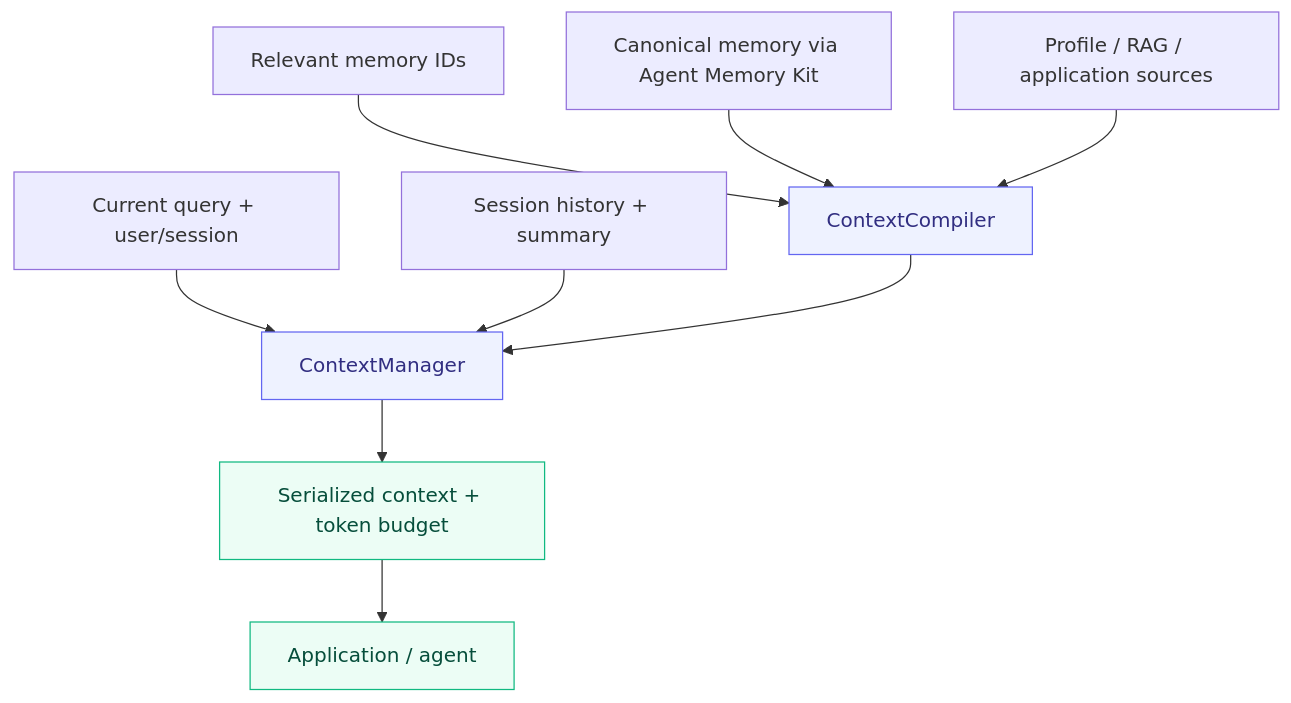
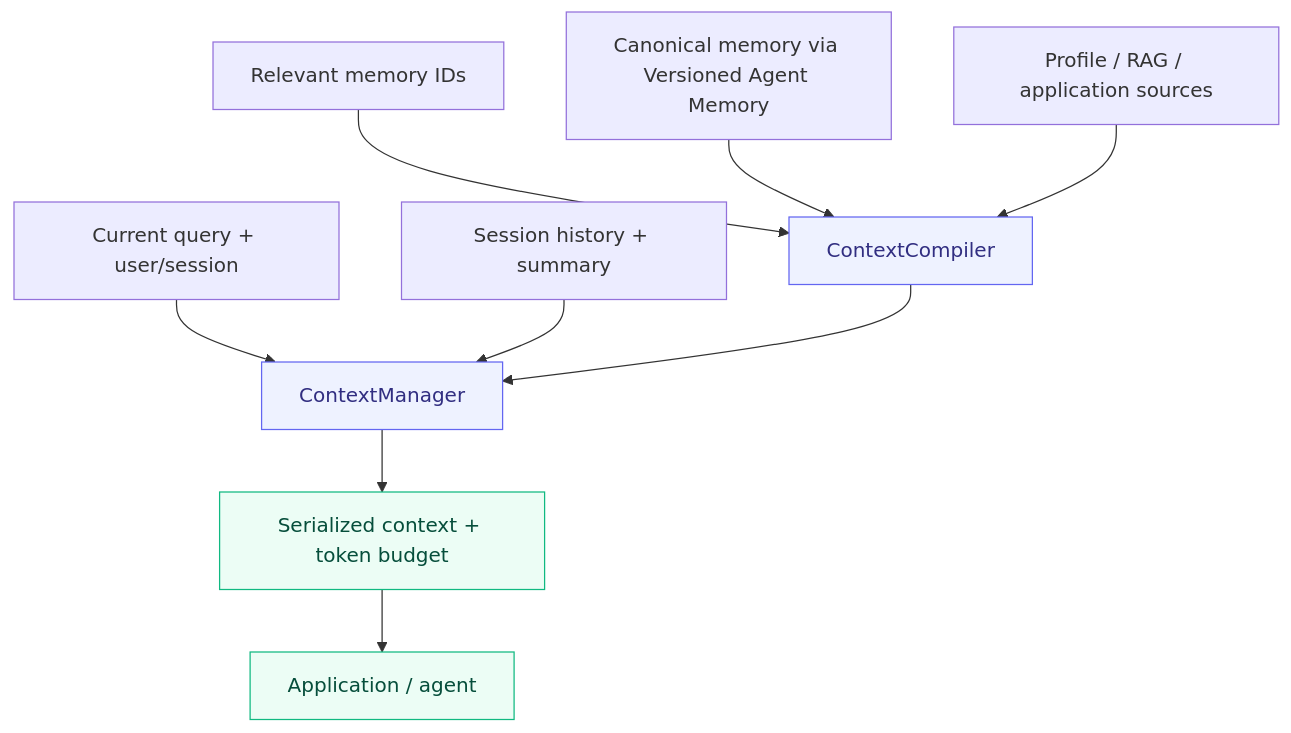
Before and after one commit to Elyon0517/agent-context-builder: the diagram in README.md, drawn with Mermaid. The commit also changed other lines of this file and 4 other files, not shown here.

````diff
--- a/README.md
+++ b/README.md
@@ -19,15 +21,15 @@
 ```mermaid
 flowchart TD
     Q[Current query + user/session] --> M[ContextManager]
     H[Session history + summary] --> M
     R[Relevant memory IDs] --> C[ContextCompiler]
-    S[Canonical memory via Agent Memory Kit] --> C
+    S[Canonical memory via Versioned Agent Memory] --> C
     F[Profile / RAG / application sources] --> C
     C --> M
     M --> B[Serialized context + token budget]
     B --> A[Application / agent]
     classDef core fill:#EEF2FF,stroke:#6366F1,color:#312E81
     classDef output fill:#ECFDF5,stroke:#10B981,color:#064E3B
     class M,C core
     class B,A output
 ```
````
